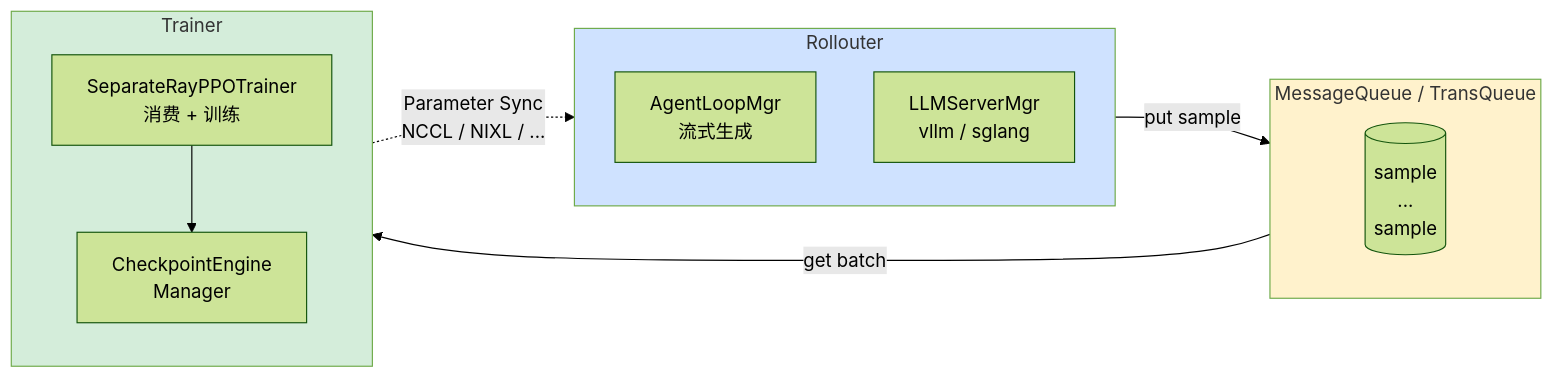
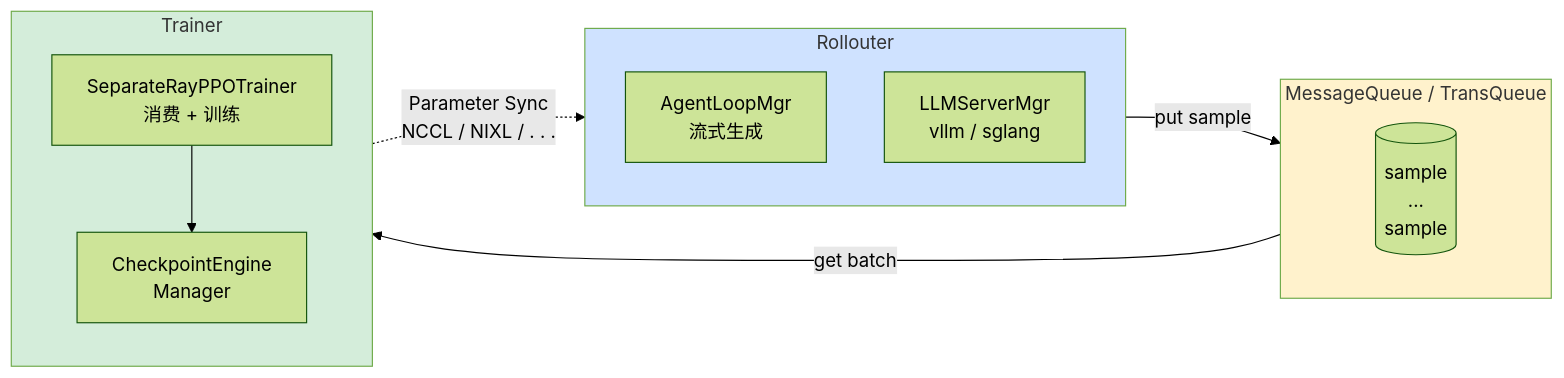
Before and after one commit to meituan-search/verl: diagram 15 of 25 in docs/advance/async_rl_evolution.md, drawn with Mermaid (forest theme). The commit also changed other lines of this file, not shown here.

````diff
--- a/docs/advance/async_rl_evolution.md
+++ b/docs/advance/async_rl_evolution.md
@@ -1026,26 +1122,25 @@
 ```mermaid
 flowchart LR
     subgraph Rollouter[Rollouter]
         direction TB
         ALM[AgentLoopMgr<br/>流式生成]
         LSM[LLMServerMgr<br/>vllm / sglang]
     end
     subgraph MQ[MessageQueue / TransQueue]
         direction TB
         Q[(sample<br/>...<br/>sample)]
     end
     subgraph Trainer[Trainer]
         direction TB
         SRT[SeparateRayPPOTrainer<br/>消费 + 训练]
         CEM[CheckpointEngine<br/>Manager]
         SRT --> CEM
     end
 
     ALM -->|put sample| Q
     Q -->|get batch| SRT
-    CEM -.->|Parameter Sync<br/>NCCL / NIXL / ...| LSM
-
-    style Rollouter fill:#cfe2ff
-    style MQ fill:#fff2cc
-    style Trainer fill:#d4edda
+    CEM -.->|Parameter Sync<br/>NCCL / NIXL / . . .| LSM
+    style Rollouter fill: #cfe2ff
+    style MQ fill: #fff2cc
+    style Trainer fill: #d4edda
 ```
````
